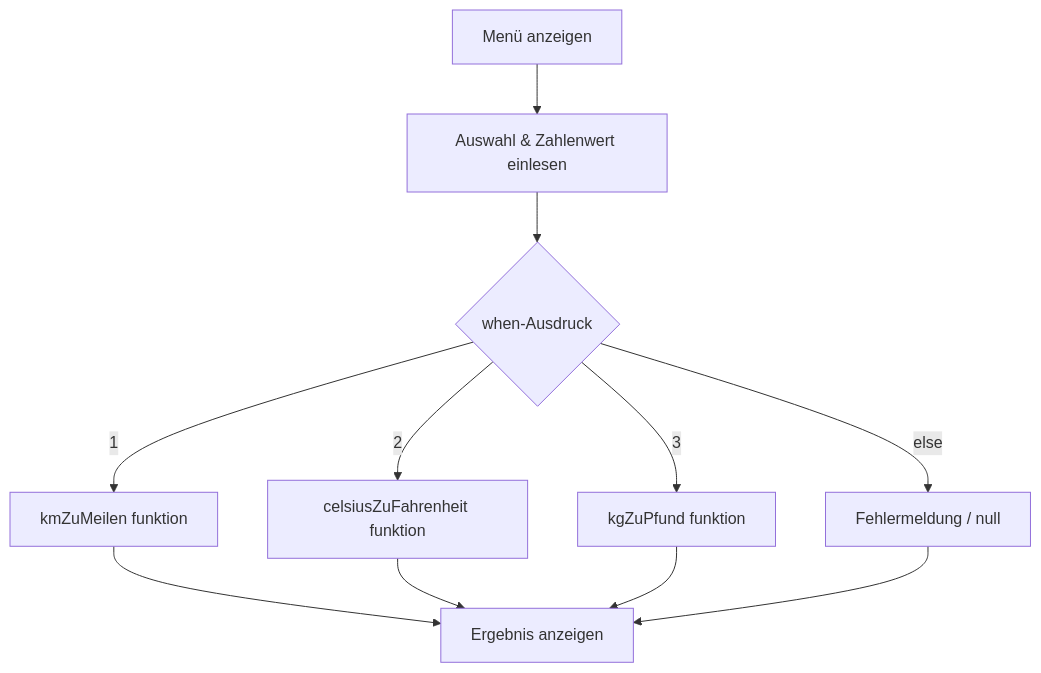
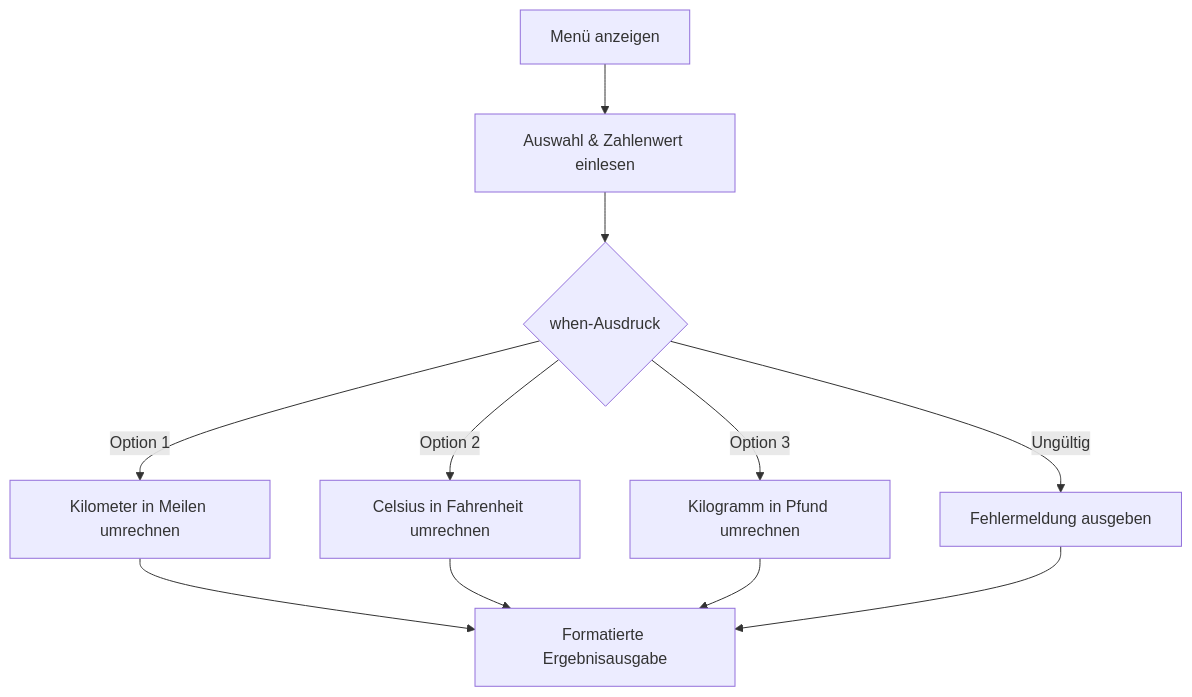
Before and after one commit to thorstenkloehn/Anfaenger: the second of 4 diagrams in rust-projekte/src/kotlin-phase1.md, drawn with Mermaid. The commit also changed other lines of this file, not shown here.

````diff
--- a/rust-projekte/src/kotlin-phase1.md
+++ b/rust-projekte/src/kotlin-phase1.md
@@ -76,13 +72,13 @@
 ```mermaid
 graph TD
     A[Menü anzeigen] --> B[Auswahl & Zahlenwert einlesen]
     B --> C{when-Ausdruck}
-    C -- 1 --> D[kmZuMeilen funktion]
-    C -- 2 --> E[celsiusZuFahrenheit funktion]
-    C -- 3 --> F[kgZuPfund funktion]
-    C -- else --> G[Fehlermeldung / null]
-    D --> H[Ergebnis anzeigen]
+    C -- Option 1 --> D[Kilometer in Meilen umrechnen]
+    C -- Option 2 --> E[Celsius in Fahrenheit umrechnen]
+    C -- Option 3 --> F[Kilogramm in Pfund umrechnen]
+    C -- Ungültig --> G[Fehlermeldung ausgeben]
+    D --> H[Formatierte Ergebnisausgabe]
     E --> H
     F --> H
     G --> H
 ```
````
